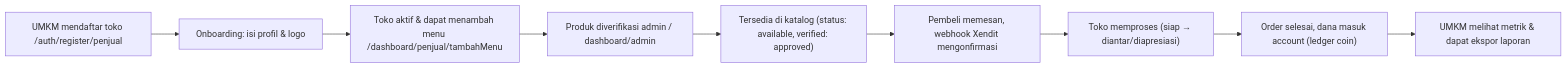
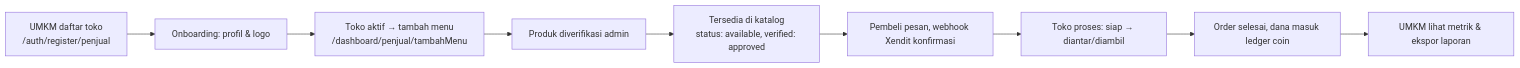
The second of 5 diagrams in README.md (FaletehanAlF/Rebites), drawn with Mermaid before and after one commit. The commit also changed other lines of this file, not shown here.

````diff
--- a/README.md
+++ b/README.md
@@ -120,11 +174,11 @@
 ```mermaid
-graph LR
-    A["UMKM mendaftar toko /auth/register/penjual"] --> B["Onboarding: isi profil & logo"]
-    B --> C["Toko aktif & dapat menambah menu /dashboard/penjual/tambahMenu"]
-    C --> D["Produk diverifikasi admin / dashboard/admin"]
-    D --> E["Tersedia di katalog (status: available, verified: approved)"]
-    E --> F["Pembeli memesan, webhook Xendit mengonfirmasi"]
-    F --> G["Toko memproses (siap → diantar/diapresiasi)"]
-    G --> H["Order selesai, dana masuk account (ledger coin)"]
-    H --> I["UMKM melihat metrik & dapat ekspor laporan"]
+flowchart LR
+    A[UMKM daftar toko<br/>/auth/register/penjual] --> B[Onboarding: profil & logo]
+    B --> C[Toko aktif → tambah menu<br/>/dashboard/penjual/tambahMenu]
+    C --> D[Produk diverifikasi admin]
+    D --> E[Tersedia di katalog<br/>status: available, verified: approved]
+    E --> F[Pembeli pesan, webhook Xendit konfirmasi]
+    F --> G[Toko proses: siap → diantar/diambil]
+    G --> H[Order selesai, dana masuk ledger coin]
+    H --> I[UMKM lihat metrik & ekspor laporan]
 ```
````
